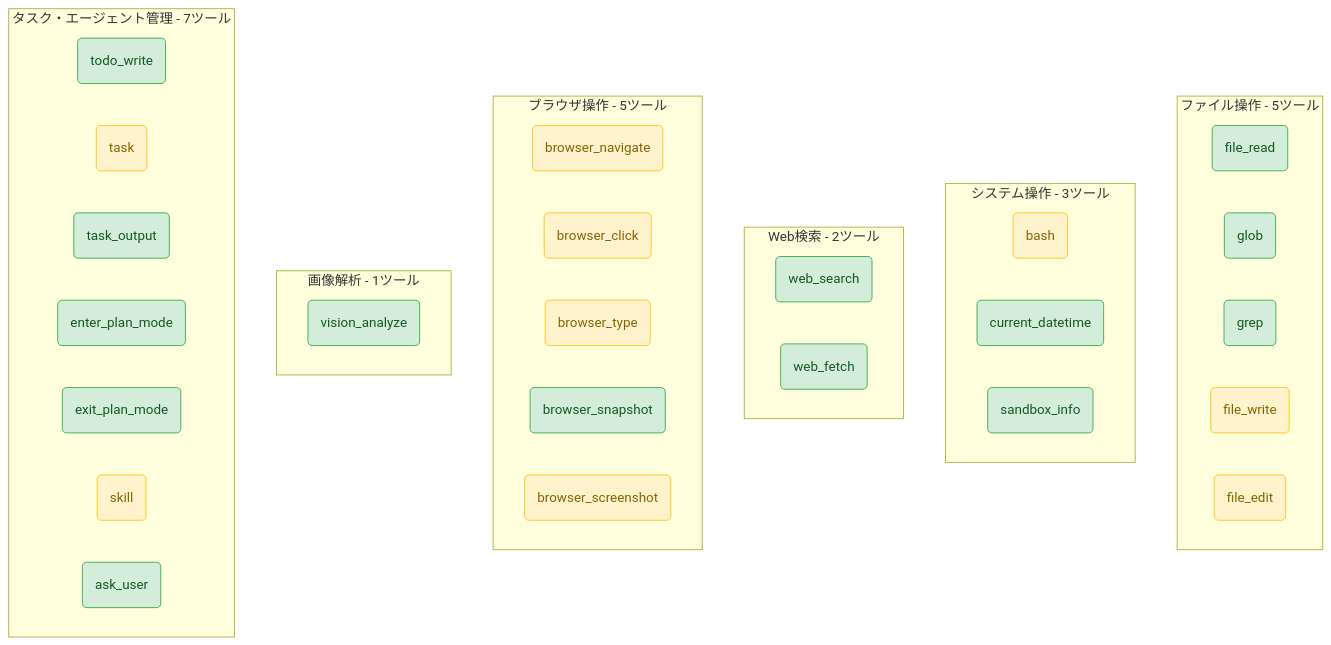
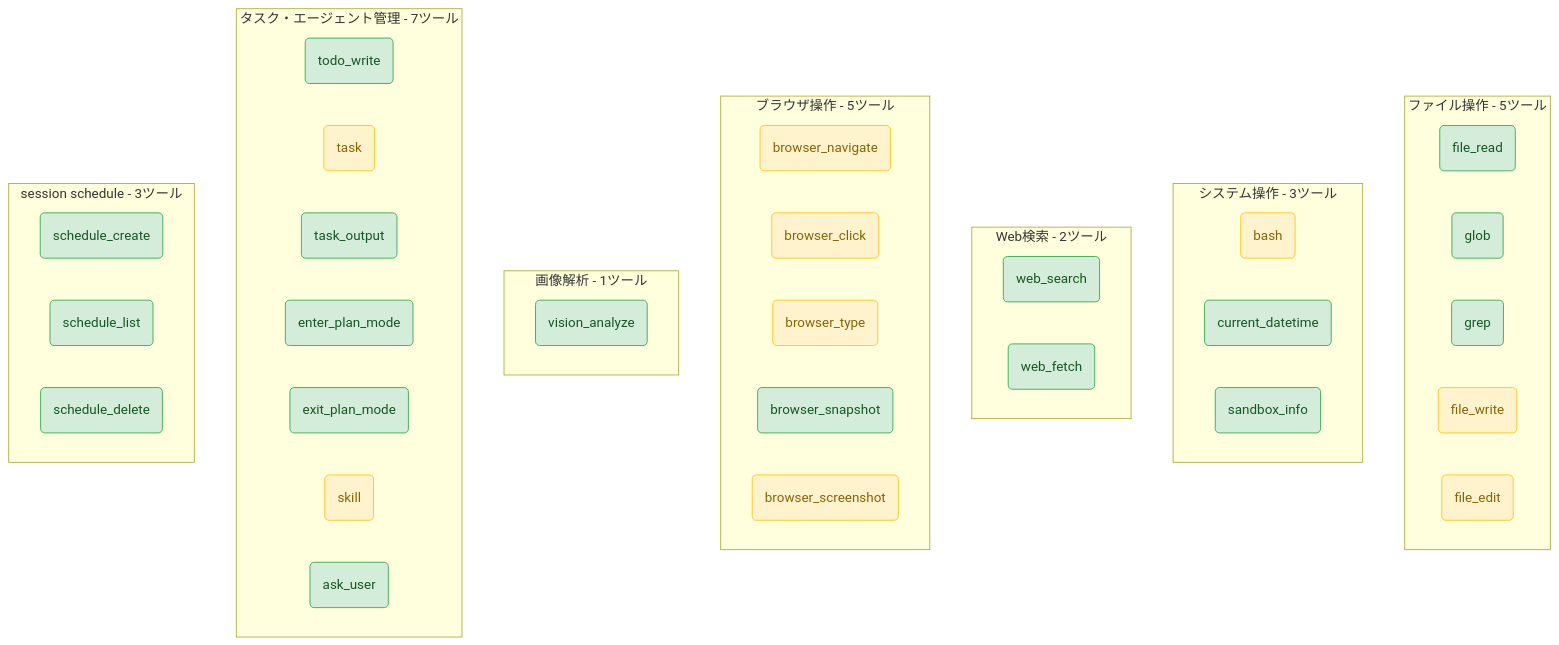
Before and after one commit to t2k2pp/lllmAgents: the fourth of 5 diagrams in docs/external_design.md, drawn with Mermaid. The commit also changed other lines of this file and 18 other files, not shown here.

````diff
--- a/docs/external_design.md
+++ b/docs/external_design.md
@@ -194,46 +194,52 @@
 ```mermaid
 graph TD
     classDef safe fill:#d4edda,stroke:#28a745,color:#155724;
     classDef ask fill:#fff3cd,stroke:#ffc107,color:#856404;
 
     subgraph Filesystem [ファイル操作 - 5ツール]
         F1(file_read):::safe
         F2(glob):::safe
         F3(grep):::safe
         F4(file_write):::ask
         F5(file_edit):::ask
     end
 
     subgraph System [システム操作 - 3ツール]
         S1(bash):::ask
         S2(current_datetime):::safe
         S3(sandbox_info):::safe
     end
 
     subgraph Web [Web検索 - 2ツール]
         W1(web_search):::safe
         W2(web_fetch):::safe
     end
 
     subgraph Browser [ブラウザ操作 - 5ツール]
         B1(browser_navigate):::ask
         B2(browser_click):::ask
         B3(browser_type):::ask
         B4(browser_snapshot):::safe
         B5(browser_screenshot):::ask
     end
 
     subgraph Vision [画像解析 - 1ツール]
         V1(vision_analyze):::safe
     end
 
     subgraph AgentTools [タスク・エージェント管理 - 7ツール]
         A1(todo_write):::safe
         A2(task):::ask
         A3(task_output):::safe
         A4(enter_plan_mode):::safe
         A5(exit_plan_mode):::safe
         A6(skill):::ask
         A7(ask_user):::safe
     end
+
+    subgraph Schedule [session schedule - 3ツール]
+        C1(schedule_create):::safe
+        C2(schedule_list):::safe
+        C3(schedule_delete):::safe
+    end
 ```
````
